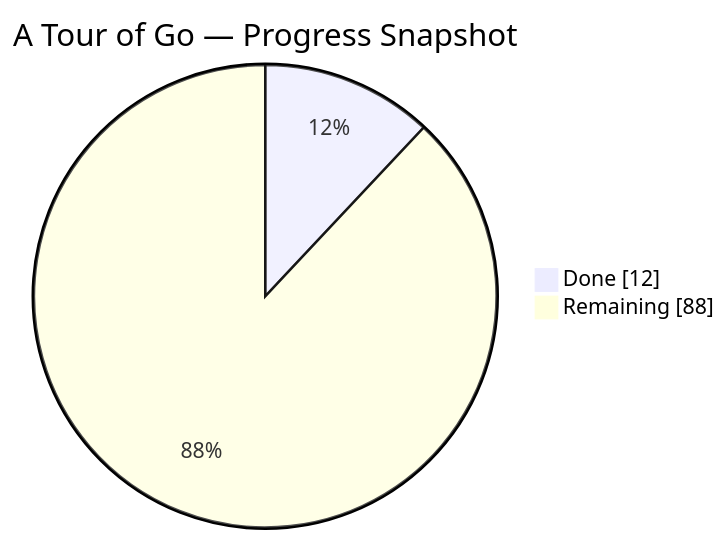
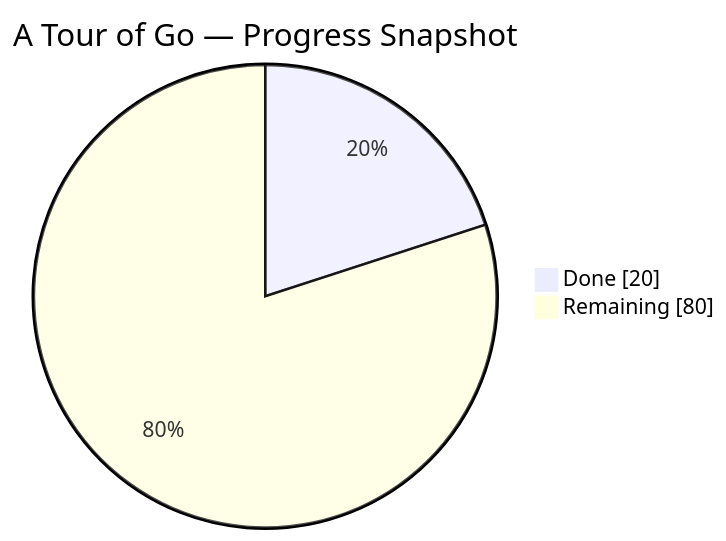
One commit to daniil-novel/Go-study changed the diagram in README.md. Above: the diagram before and after it, drawn with Mermaid. The commit also changed other lines of this file and 5 other files, not shown here.

````diff
--- a/README.md
+++ b/README.md
@@ -13,6 +13,6 @@
 ```mermaid
 pie showData
     title A Tour of Go — Progress Snapshot
-    "Done" : 12
-    "Remaining" : 88
+    "Done" : 20
+    "Remaining" : 80
 ```
````
